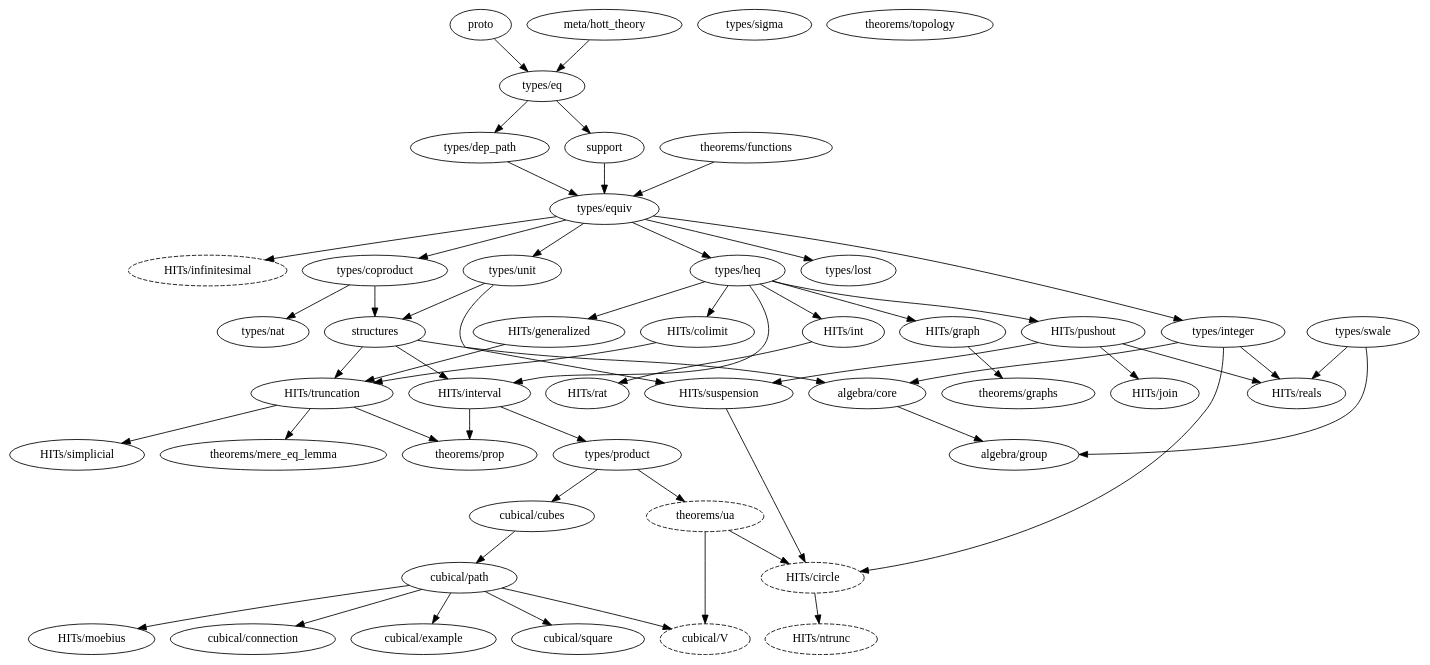
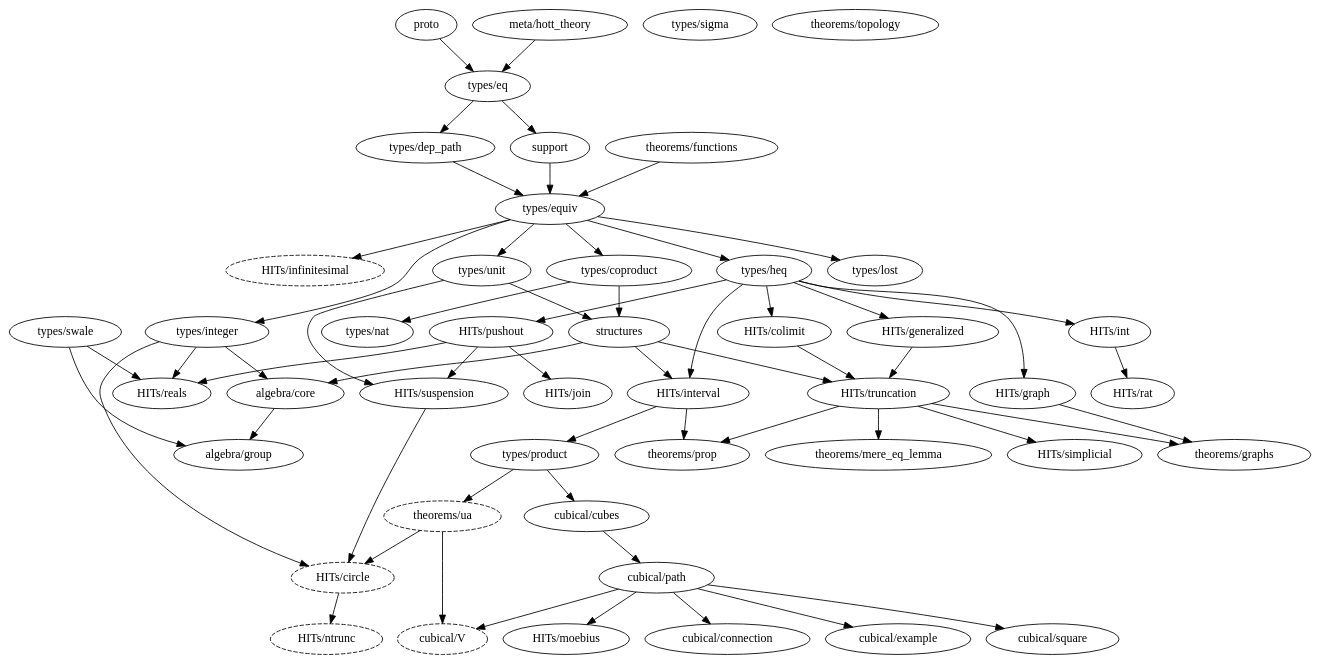
Before and after one commit to forked-from-1kasper/ground_zero: the diagram in dependency_map.gv, drawn with Graphviz. The commit also changed 2 other files, not shown here.

```diff
--- a/dependency_map.gv
+++ b/dependency_map.gv
@@ -1,100 +1,101 @@
 digraph dependency_map {
   proto -> "types/eq"
   "meta/hott_theory" -> "types/eq"
   support -> "types/equiv"
   structures -> { "HITs/interval", "HITs/truncation", "algebra/core" }
 
   subgraph univalence {
     node [style=dashed]
     "HITs/circle"
     "HITs/infinitesimal"
     "HITs/ntrunc"
     "theorems/ua"
     "cubical/V"
   }
 
   subgraph algebra {
     "algebra/core" -> "algebra/group"
     "algebra/group"
   }
 
   subgraph types {
     "types/coproduct" -> { "types/nat", structures }
     "types/dep_path" -> "types/equiv"
     "types/eq" -> { "types/dep_path", support }
     "types/equiv" -> {
       "types/heq",
       "types/integer",
       "HITs/infinitesimal",
       "types/coproduct",
       "types/lost",
       "types/unit"
     }
     "types/heq" -> {
       "HITs/colimit",
       "HITs/generalized",
       "HITs/int",
       "HITs/pushout",
       "HITs/interval",
       "HITs/graph"
     }
     "types/integer" -> { "HITs/circle", "HITs/reals", "algebra/core" }
     "types/lost"
     "types/nat"
     "types/product" -> { "cubical/cubes", "theorems/ua" }
     "types/sigma"
     "types/swale" -> { "HITs/reals", "algebra/group" }
     "types/unit" -> { structures, "HITs/suspension" }
   }
 
   subgraph HITs {
     "HITs/circle" -> "HITs/ntrunc"
     "HITs/colimit" -> "HITs/truncation"
     "HITs/generalized" -> "HITs/truncation"
     "HITs/graph" -> "theorems/graphs"
     "HITs/infinitesimal"
     "HITs/int" -> "HITs/rat"
     "HITs/interval" -> { "types/product", "theorems/prop" }
     "HITs/join"
     "HITs/moebius"
     "HITs/ntrunc"
     "HITs/pushout" -> {
       "HITs/join",
       "HITs/reals",
       "HITs/suspension"
     }
     "HITs/rat"
     "HITs/reals"
     "HITs/simplicial"
     "HITs/suspension" -> "HITs/circle"
     "HITs/truncation" -> {
       "theorems/mere_eq_lemma",
       "theorems/prop",
+      "theorems/graphs",
       "HITs/simplicial"
     }
   }
 
   subgraph cubical {
     "cubical/connection"
     "cubical/cubes" -> "cubical/path"
     "cubical/example"
     "cubical/path" -> {
       "cubical/square",
       "cubical/example",
       "cubical/V",
       "cubical/connection",
       "HITs/moebius"
     }
     "cubical/square"
     "cubical/V"
   }
 
   subgraph theorems {
     "theorems/functions" -> "types/equiv"
     "theorems/graphs"
     "theorems/mere_eq_lemma"
     "theorems/prop"
     "theorems/topology"
     "theorems/ua" -> { "HITs/circle", "cubical/V" }
   }
 }
```
